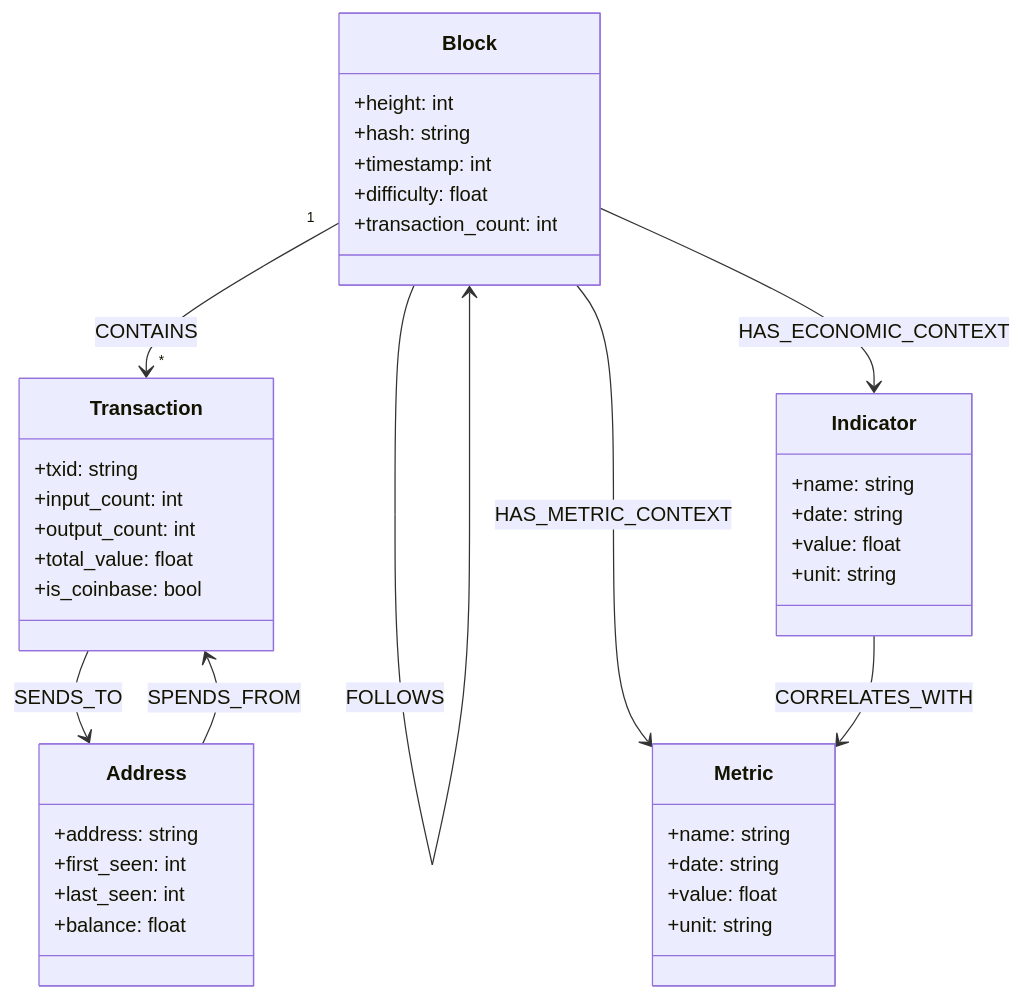
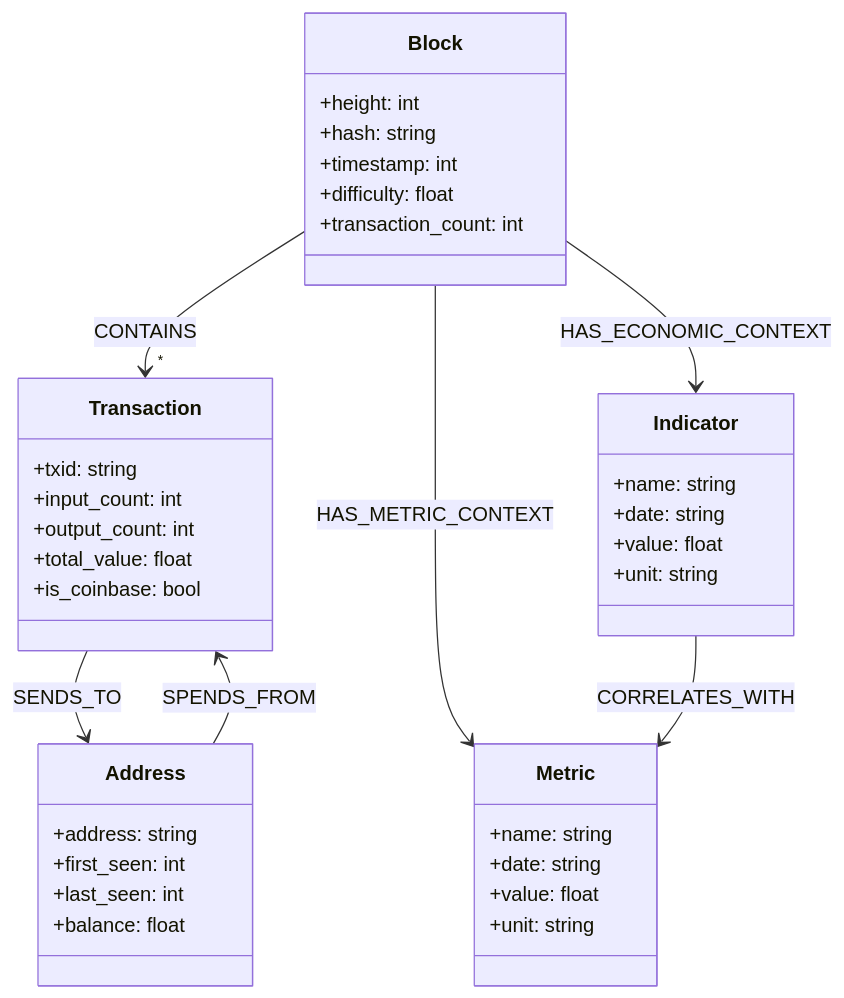
The second of 7 diagrams in DATA605/Spring2025/projects/TutorTask130_Spring2025_Enterprise-Scale_Bitcoin_Data_Knowledge_Graph_with_LlamaIndex/llamaindex.example.md (causify-ai/tutorials), drawn with Mermaid before and after one commit. The commit also changed other lines of this file and 3 other files, not shown here.

````diff
--- a/DATA605/Spring2025/projects/TutorTask130_Spring2025_Enterprise-Scale_Bitcoin_Data_Knowledge_Graph_with_LlamaIndex/llamaindex.example.md
+++ b/DATA605/Spring2025/projects/TutorTask130_Spring2025_Enterprise-Scale_Bitcoin_Data_Knowledge_Graph_with_LlamaIndex/llamaindex.example.md
@@ -141,43 +129,42 @@
 ```mermaid
 classDiagram
     class Block {
         +height: int
         +hash: string
         +timestamp: int
         +difficulty: float
         +transaction_count: int
     }
     class Transaction {
         +txid: string
         +input_count: int
         +output_count: int
         +total_value: float
         +is_coinbase: bool
     }
     class Address {
         +address: string
         +first_seen: int
         +last_seen: int
         +balance: float
     }
     class Indicator {
         +name: string
         +date: string
         +value: float
         +unit: string
     }
     class Metric {
         +name: string
         +date: string
         +value: float
         +unit: string
     }
     
-    Block "1" --> "*" Transaction: CONTAINS
-    Block --> Block: FOLLOWS
+    Block --> "*" Transaction: CONTAINS
     Transaction --> Address: SENDS_TO
     Address --> Transaction: SPENDS_FROM
     Block --> Indicator: HAS_ECONOMIC_CONTEXT
     Block --> Metric: HAS_METRIC_CONTEXT
     Indicator --> Metric: CORRELATES_WITH
 ```
````
